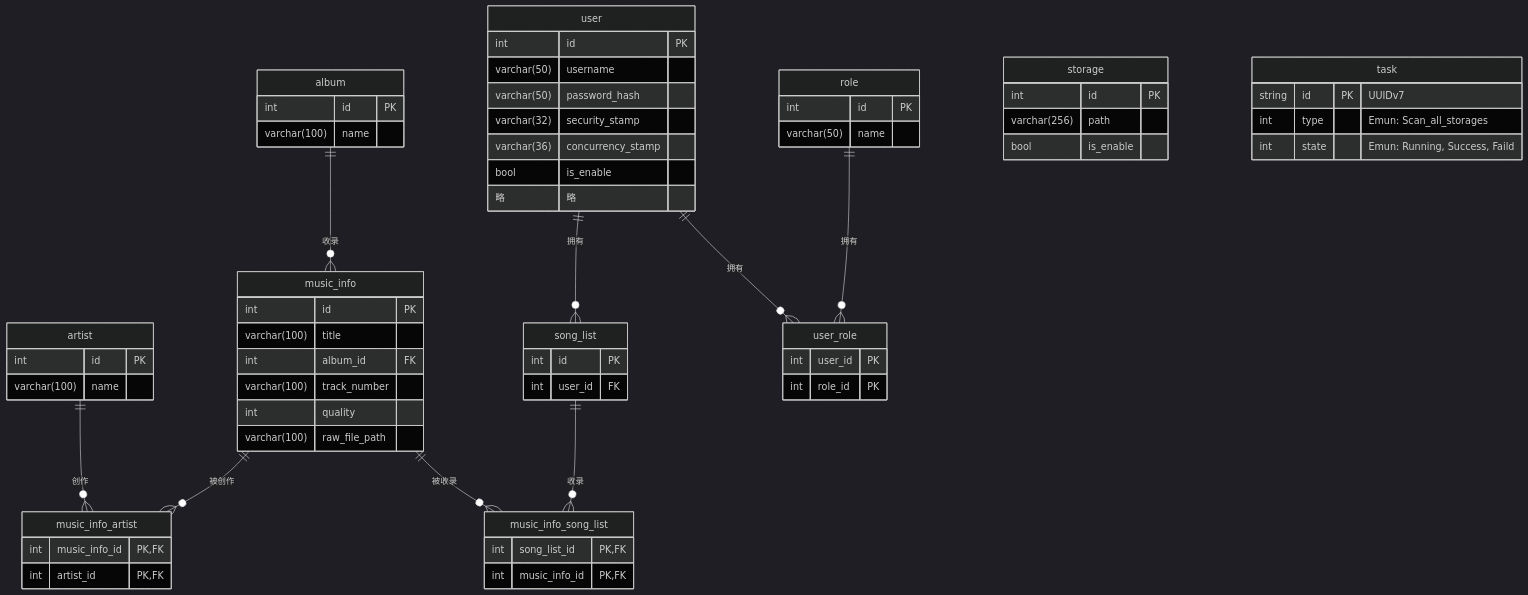
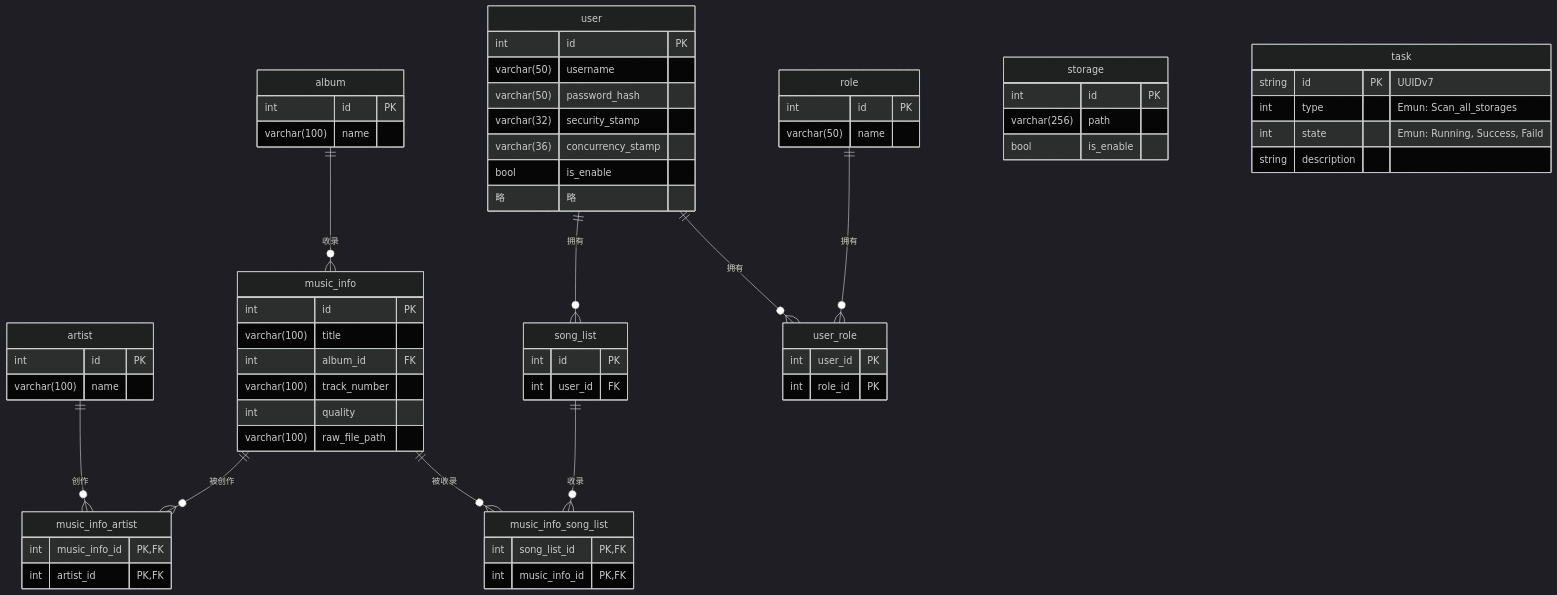
Before and after one commit to tsctsc6/MusicManager_doc: the diagram in ER.md, drawn with Mermaid (dark theme).

Commit message:
添加字段

````diff
--- a/ER.md
+++ b/ER.md
@@ -2,69 +2,70 @@
 ```mermaid
 erDiagram
     music_info {
         int id PK
         varchar(100) title
         int album_id FK
         varchar(100) ​​track_number​​
         int quality
         varchar(100) raw_file_path
     }
     artist {
         int id PK
         varchar(100) name
     }
     music_info_artist {
         int music_info_id PK, FK
         int artist_id PK, FK
     }
     album {
         int id PK
         varchar(100) name
     }
     song_list {
         int id PK
         int user_id FK
     }
     music_info_song_list {
         int song_list_id PK, FK
         int music_info_id PK, FK
     }
     user {
         int id PK
         varchar(50) username
         varchar(50) password_hash
         varchar(32) security_stamp
         varchar(36) concurrency_stamp
         bool is_enable
         略 略
     }
     role {
         int id PK
         varchar(50) name
     }
     user_role {
         int user_id PK
         int role_id PK
     }
 
     artist ||--o{ music_info_artist : 创作
     music_info ||--o{ music_info_artist : 被创作
     album ||--o{ music_info : 收录
     music_info ||--o{ music_info_song_list : 被收录
     song_list ||--o{ music_info_song_list : 收录
     user ||--o{ song_list : 拥有
     user ||--o{ user_role : 拥有
     role ||--o{ user_role : 拥有
 
     storage {
         int id PK
         varchar(256) path
         bool is_enable
     }
 
     task {
         string id PK "UUIDv7"
         int type "Emun: Scan_all_storages"
         int state "Emun: Running, Success, Faild"
+        string description
     }
 ```
````
